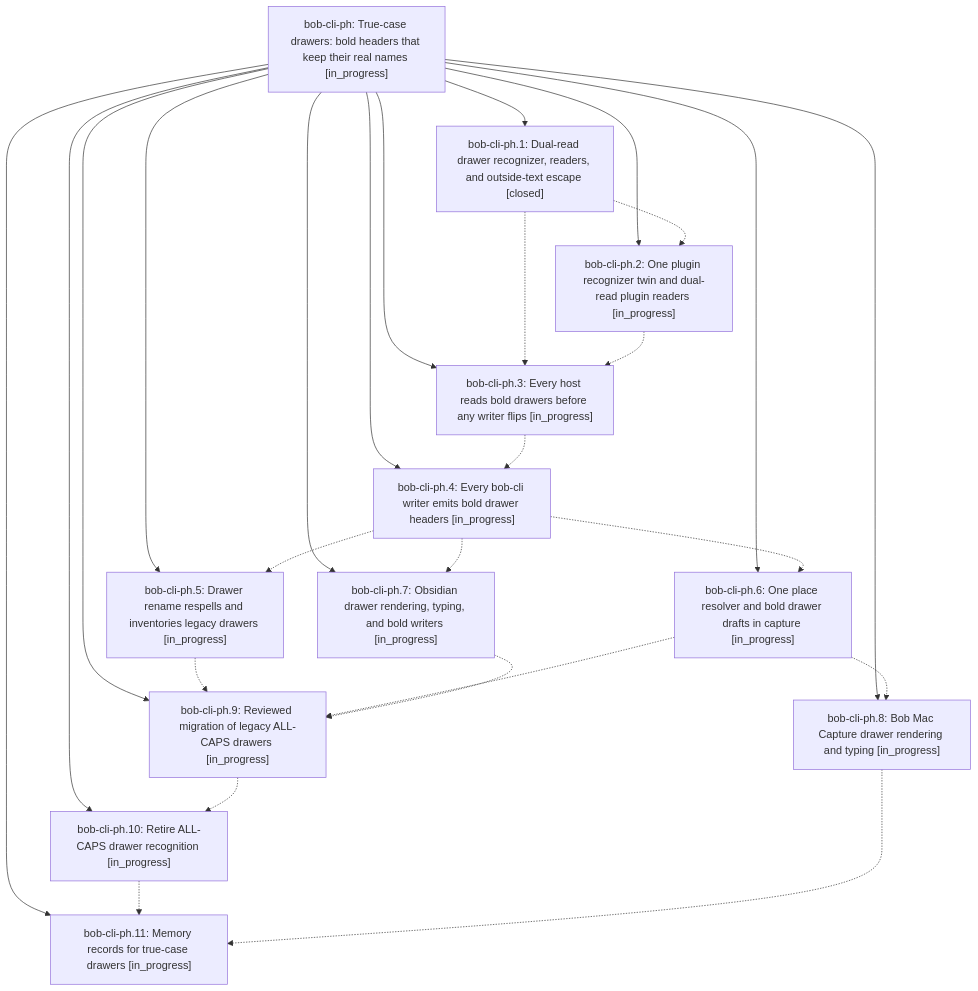
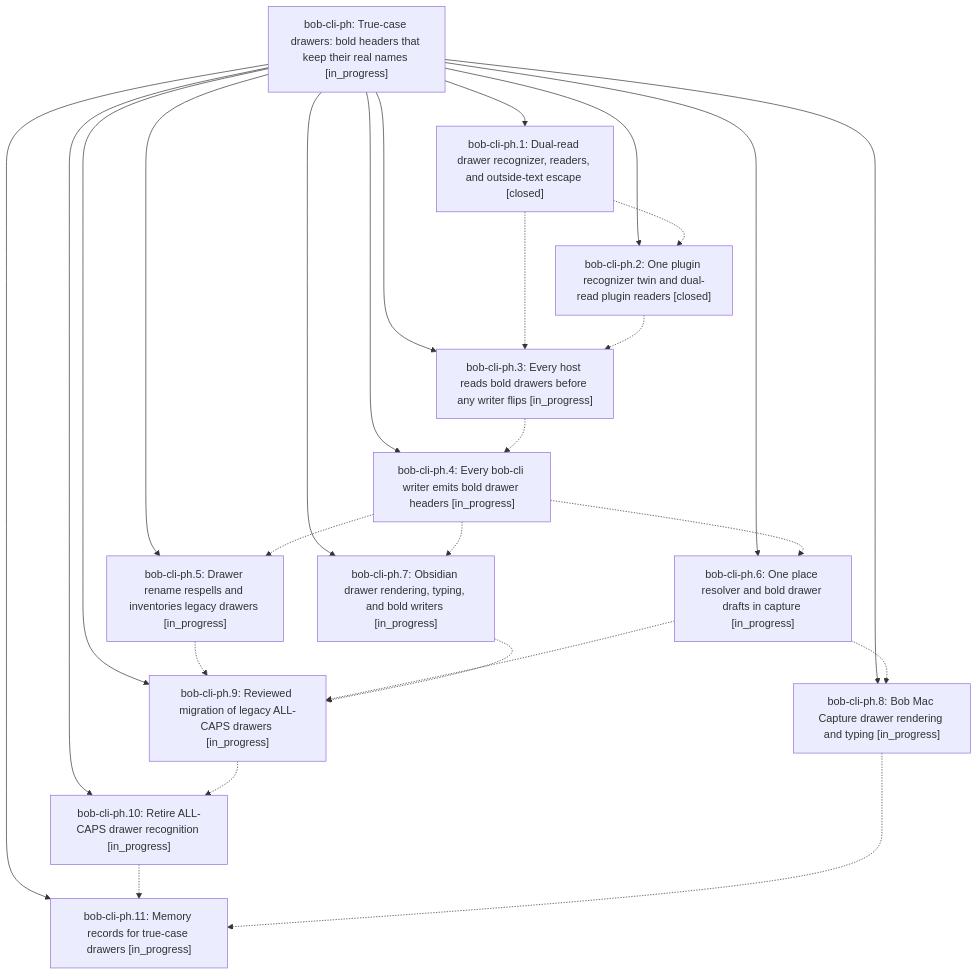
The diagram in pages/bob-cli-ph/README.md (bobs-org/bob-cli--beads), drawn with Mermaid before and after one commit. The commit also changed other lines of this file and 3 other files, not shown here.

First line of the commit message:
chore(beads): sync bead state and pages for bob-cli-ph

````diff
--- a/pages/bob-cli-ph/README.md
+++ b/pages/bob-cli-ph/README.md
@@ -54,40 +54,40 @@
 ```mermaid
 flowchart TD
     n0["bob-cli-ph: True-case drawers: bold headers that keep their real names [in_progress]"]
     n1["bob-cli-ph.1: Dual-read drawer recognizer, readers, and outside-text escape [closed]"]
     n2["bob-cli-ph.10: Retire ALL-CAPS drawer recognition [in_progress]"]
     n3["bob-cli-ph.11: Memory records for true-case drawers [in_progress]"]
-    n4["bob-cli-ph.2: One plugin recognizer twin and dual-read plugin readers [in_progress]"]
+    n4["bob-cli-ph.2: One plugin recognizer twin and dual-read plugin readers [closed]"]
     n5["bob-cli-ph.3: Every host reads bold drawers before any writer flips [in_progress]"]
     n6["bob-cli-ph.4: Every bob-cli writer emits bold drawer headers [in_progress]"]
     n7["bob-cli-ph.5: Drawer rename respells and inventories legacy drawers [in_progress]"]
     n8["bob-cli-ph.6: One place resolver and bold drawer drafts in capture [in_progress]"]
     n9["bob-cli-ph.7: Obsidian drawer rendering, typing, and bold writers [in_progress]"]
     n10["bob-cli-ph.8: Bob Mac Capture drawer rendering and typing [in_progress]"]
     n11["bob-cli-ph.9: Reviewed migration of legacy ALL-CAPS drawers [in_progress]"]
     n0 --> n1
     n0 --> n2
     n0 --> n3
     n0 --> n4
     n0 --> n5
     n0 --> n6
     n0 --> n7
     n0 --> n8
     n0 --> n9
     n0 --> n10
     n0 --> n11
     n1 -.-> n4
     n1 -.-> n5
     n2 -.-> n3
     n4 -.-> n5
     n5 -.-> n6
     n6 -.-> n7
     n6 -.-> n8
     n6 -.-> n9
     n7 -.-> n11
     n8 -.-> n10
     n8 -.-> n11
     n9 -.-> n11
     n10 -.-> n3
     n11 -.-> n2
 ```
````
